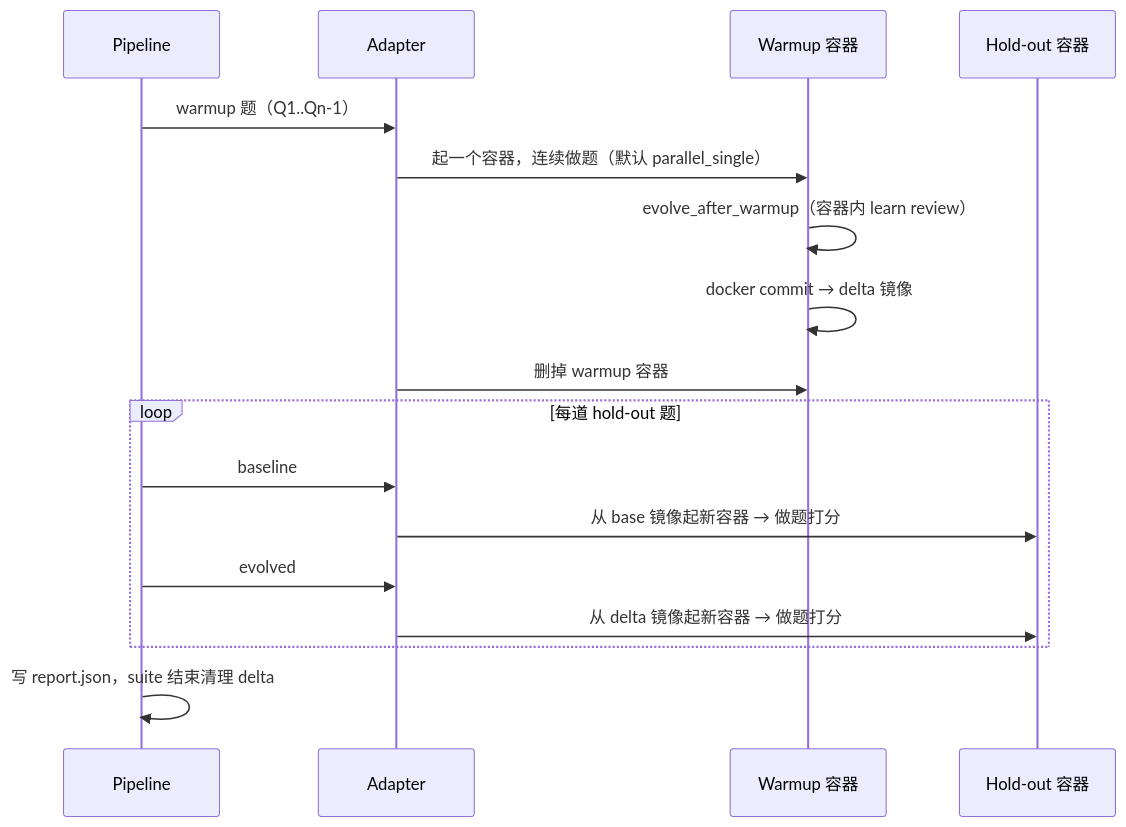
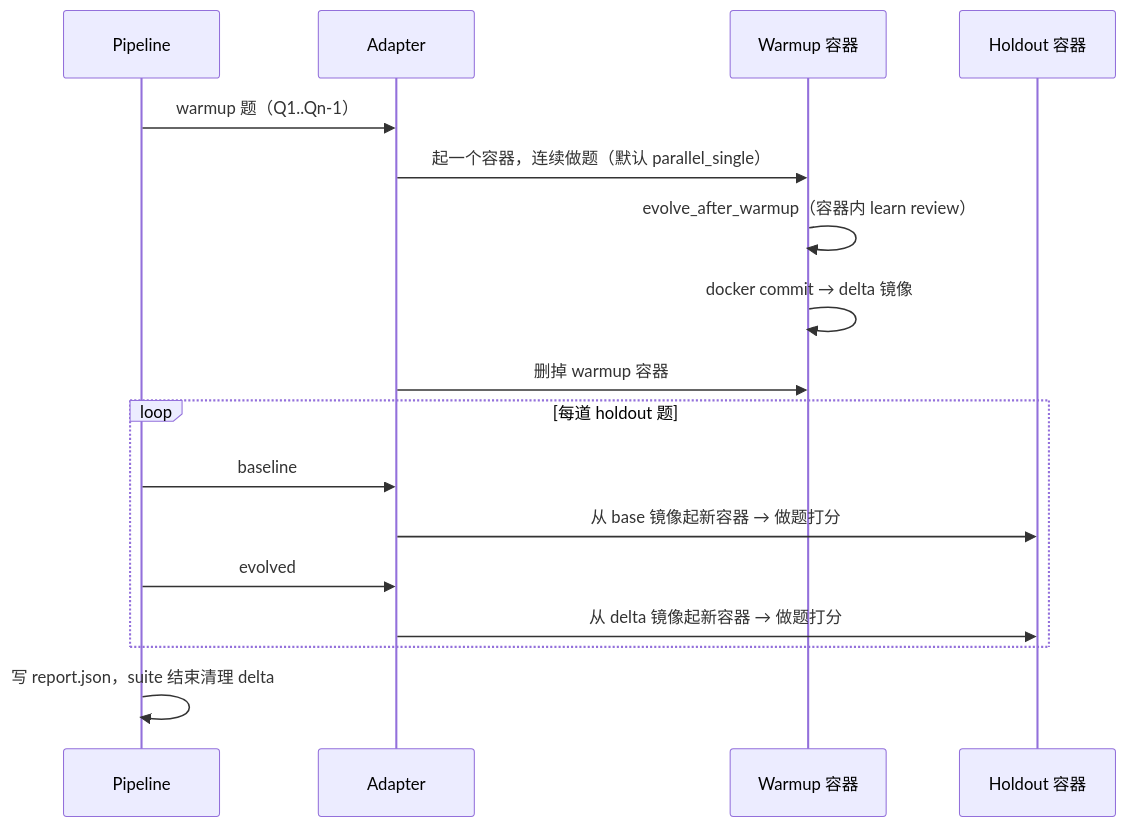
One commit to FeiZhuNiU-INFJA/LIFT changed the second of 2 diagrams in docs/paper-draft.md. Above: the diagram before and after it, drawn with Mermaid. The commit also changed other lines of this file and 35 other files, not shown here.

First line of the commit message:
refactor: 统一将 hold-out 拼写修正为 holdout

````diff
--- a/docs/paper-draft.md
+++ b/docs/paper-draft.md
@@ -209,22 +209,22 @@
 ```mermaid
 sequenceDiagram
   participant P as Pipeline
   participant A as Adapter
   participant W as Warmup 容器
-  participant H as Hold-out 容器
+  participant H as Holdout 容器
 
   P->>A: warmup 题（Q1..Qn-1）
   A->>W: 起一个容器，连续做题（默认 parallel_single）
   W->>W: evolve_after_warmup（容器内 learn review）
   W->>W: docker commit → delta 镜像
   A->>W: 删掉 warmup 容器
 
-  loop 每道 hold-out 题
+  loop 每道 holdout 题
     P->>A: baseline
     A->>H: 从 base 镜像起新容器 → 做题打分
     P->>A: evolved
     A->>H: 从 delta 镜像起新容器 → 做题打分
   end
 
   P->>P: 写 report.json，suite 结束清理 delta
 ```
````
